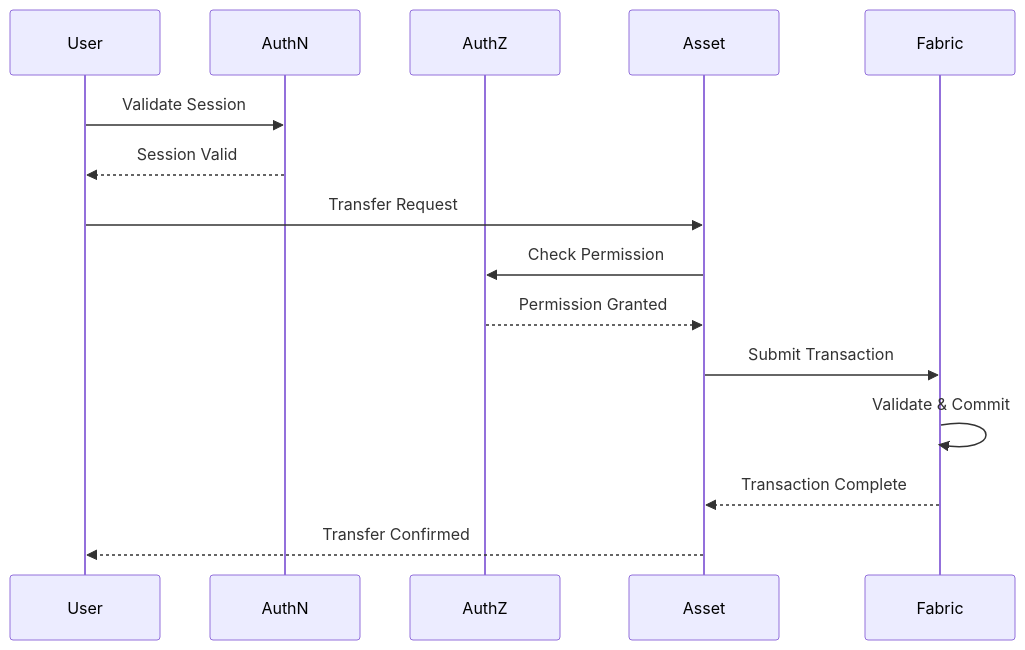
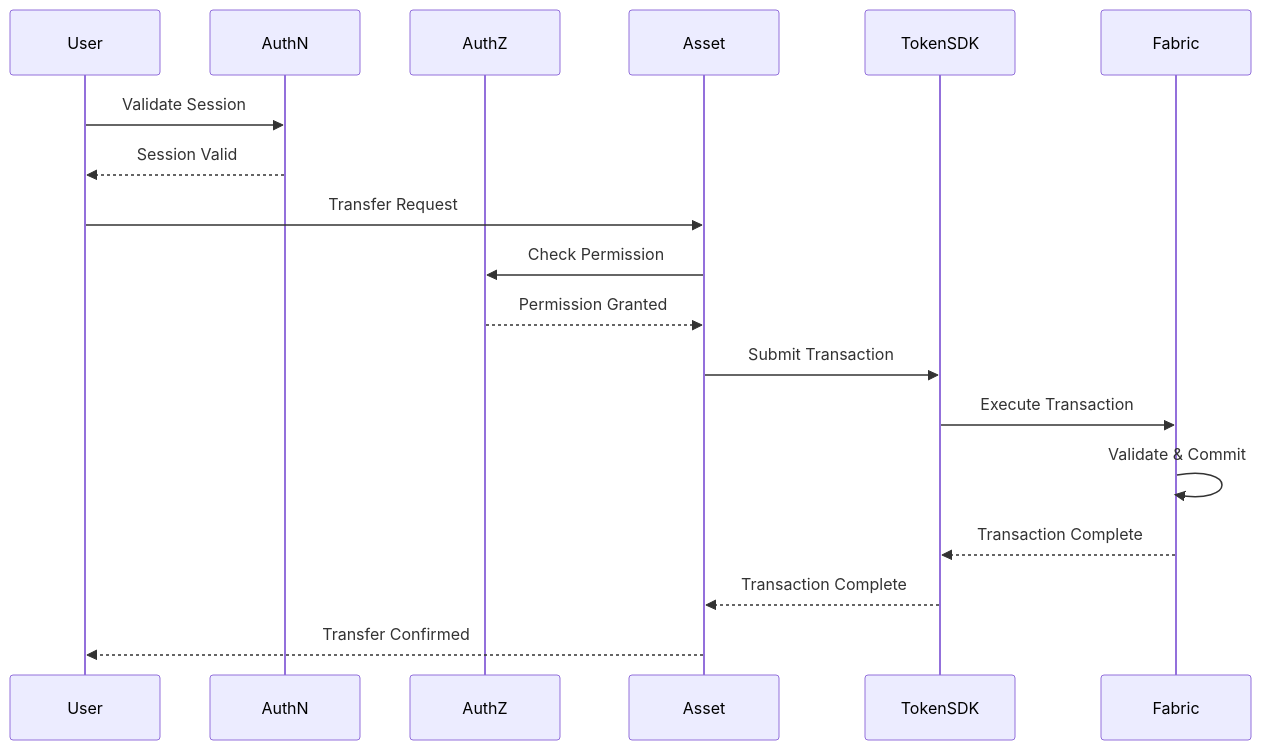
Before and after one commit to metafi-blockchain/metafi-digital-assets-service: the third of 6 diagrams in docs/rd.en.md, drawn with Mermaid. The commit also changed other lines of this file and 1 other file, not shown here.

````diff
--- a/docs/rd.en.md
+++ b/docs/rd.en.md
@@ -137,21 +150,24 @@
 ```mermaid
 sequenceDiagram
     participant User
     participant AuthN
     participant AuthZ
     participant Asset
+    participant TokenSDK
     participant Fabric
     
     User->>AuthN: Validate Session
     AuthN-->>User: Session Valid
     
     User->>Asset: Transfer Request
     Asset->>AuthZ: Check Permission
     AuthZ-->>Asset: Permission Granted
     
-    Asset->>Fabric: Submit Transaction
+    Asset->>TokenSDK: Submit Transaction
+    TokenSDK->>Fabric: Execute Transaction
     Fabric->>Fabric: Validate & Commit
-    Fabric-->>Asset: Transaction Complete
+    Fabric-->>TokenSDK: Transaction Complete
+    TokenSDK-->>Asset: Transaction Complete
     
     Asset-->>User: Transfer Confirmed
 ```
````
